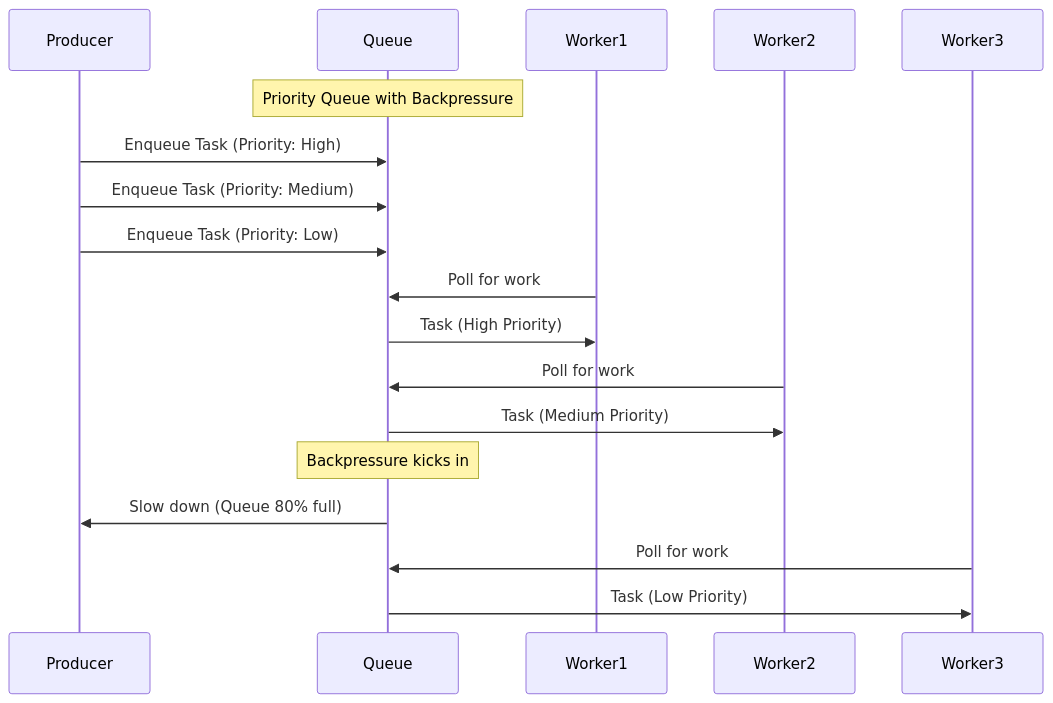
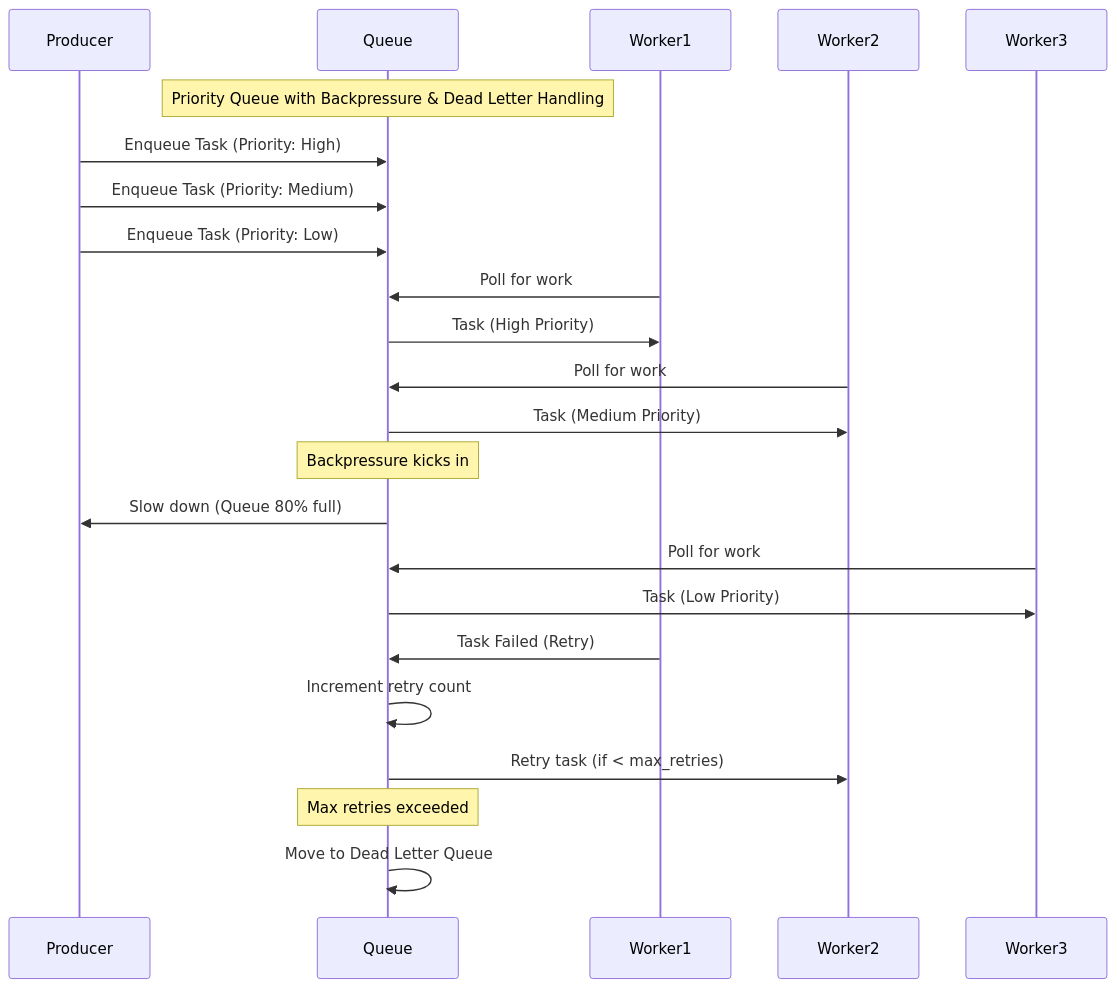
The fifth of 7 diagrams in docs/core-principles/pillars/work-distribution.md (deepaucksharma/DStudio), drawn with Mermaid before and after one commit. The commit also changed other lines of this file and 71 other files, not shown here.

````diff
--- a/docs/core-principles/pillars/work-distribution.md
+++ b/docs/core-principles/pillars/work-distribution.md
@@ -121,26 +197,33 @@
 ```mermaid
 sequenceDiagram
     participant Producer
     participant Queue
     participant Worker1
     participant Worker2
     participant Worker3
     
-    Note over Queue: Priority Queue with Backpressure
+    Note over Queue: Priority Queue with Backpressure & Dead Letter Handling
     
     Producer->>Queue: Enqueue Task (Priority: High)
     Producer->>Queue: Enqueue Task (Priority: Medium)
     Producer->>Queue: Enqueue Task (Priority: Low)
     
     Worker1->>Queue: Poll for work
     Queue->>Worker1: Task (High Priority)
     
     Worker2->>Queue: Poll for work  
     Queue->>Worker2: Task (Medium Priority)
     
     Note over Queue: Backpressure kicks in
     Queue->>Producer: Slow down (Queue 80% full)
     
     Worker3->>Queue: Poll for work
     Queue->>Worker3: Task (Low Priority)
+    
+    Worker1->>Queue: Task Failed (Retry)
+    Queue->>Queue: Increment retry count
+    Queue->>Worker2: Retry task (if < max_retries)
+    
+    Note over Queue: Max retries exceeded
+    Queue->>Queue: Move to Dead Letter Queue
 ```
````
